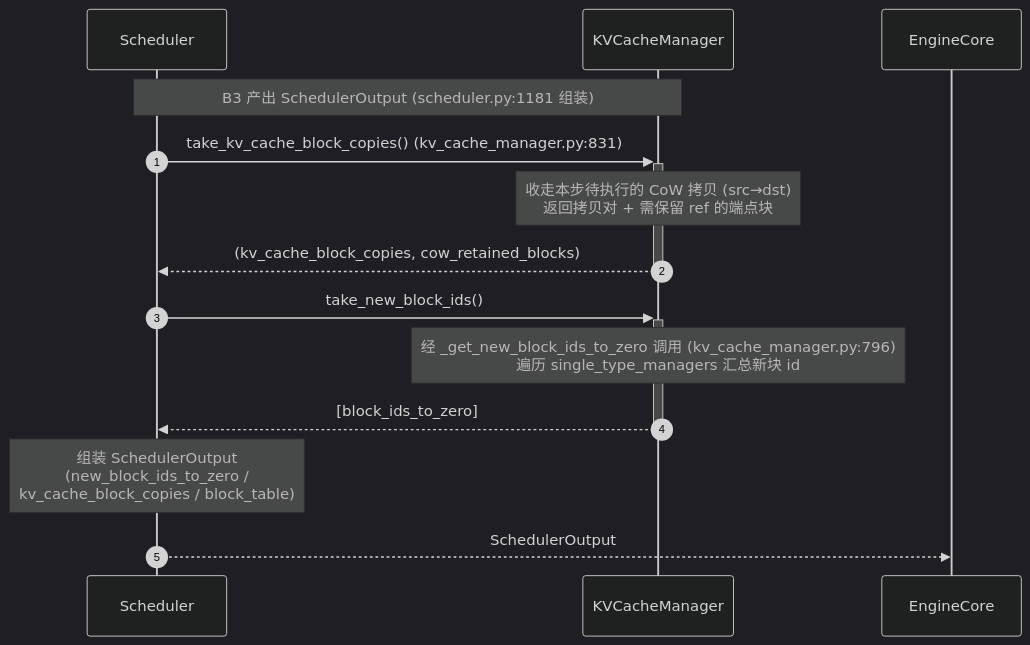
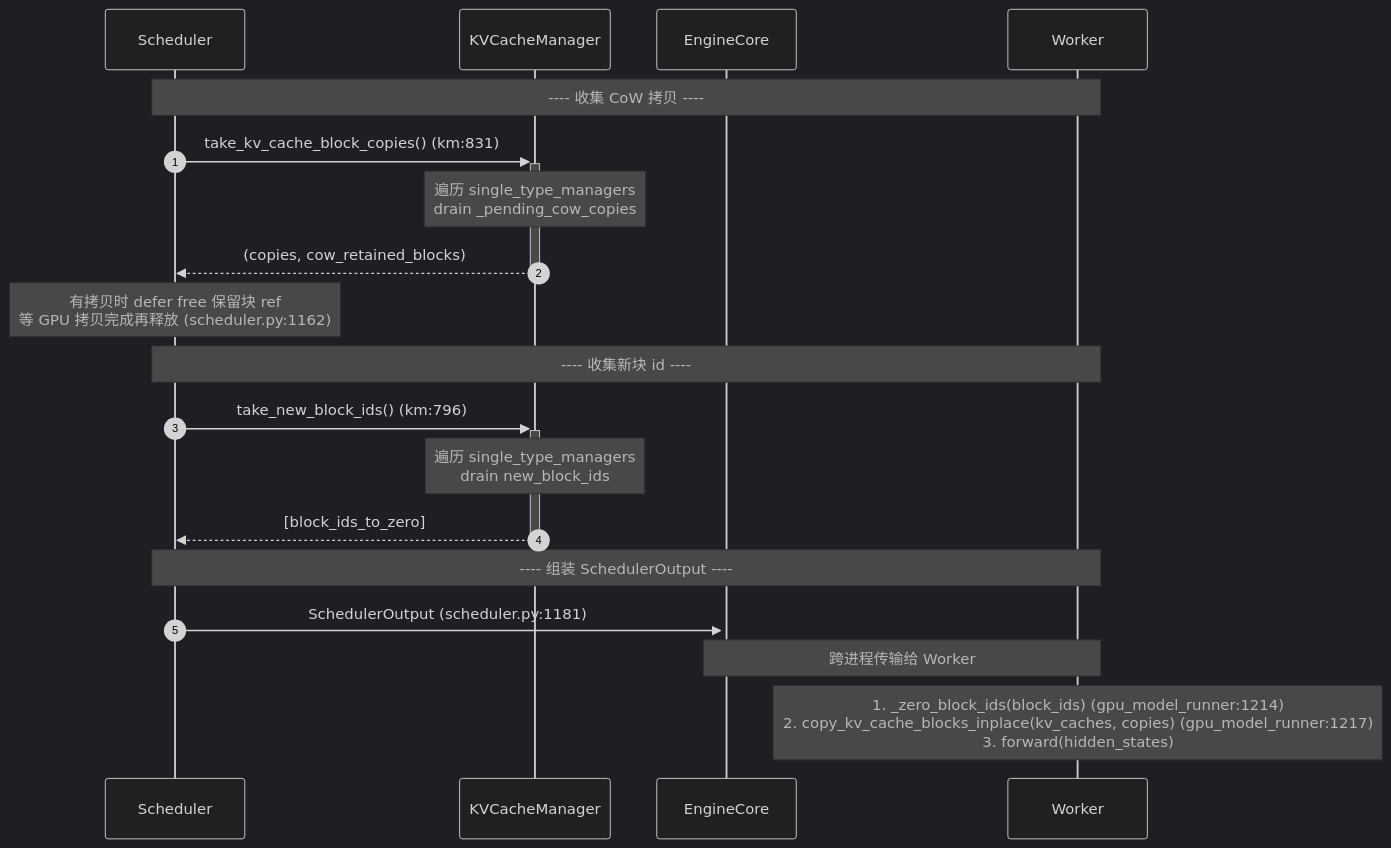
Before and after one commit to GoCHug/vllm: the fifth of 9 diagrams in vllm/v1/core/kvcache_docs/0_end_to_end_sequence.md, drawn with Mermaid (dark theme). The commit also changed other lines of this file and 221 other files, not shown here.

````diff
--- a/vllm/v1/core/kvcache_docs/0_end_to_end_sequence.md
+++ b/vllm/v1/core/kvcache_docs/0_end_to_end_sequence.md
@@ -349,20 +311,25 @@
 ```mermaid
 sequenceDiagram
     autonumber
     participant S as Scheduler
     participant KM as KVCacheManager
     participant EC as EngineCore
+    participant W as Worker
 
-    Note over S,KM: B3 产出 SchedulerOutput (scheduler.py:1181 组装)
+    Note over S,W: ---- 收集 CoW 拷贝 ----
+    S->>+KM: take_kv_cache_block_copies()   (km:831)
+    Note over KM: 遍历 single_type_managers<br/>drain _pending_cow_copies
+    KM-->>-S: (copies, cow_retained_blocks)
+    Note over S: 有拷贝时 defer free 保留块 ref<br/>等 GPU 拷贝完成再释放 (scheduler.py:1162)
 
-    S->>+KM: take_kv_cache_block_copies()  (kv_cache_manager.py:831)
-    Note over KM: 收走本步待执行的 CoW 拷贝 (src→dst)<br/>返回拷贝对 + 需保留 ref 的端点块
-    KM-->>-S: (kv_cache_block_copies, cow_retained_blocks)
-
-    S->>+KM: take_new_block_ids()
-    Note over KM: 经 _get_new_block_ids_to_zero 调用 (kv_cache_manager.py:796)<br/>遍历 single_type_managers 汇总新块 id
+    Note over S,W: ---- 收集新块 id ----
+    S->>+KM: take_new_block_ids()   (km:796)
+    Note over KM: 遍历 single_type_managers<br/>drain new_block_ids
     KM-->>-S: [block_ids_to_zero]
 
-    Note over S: 组装 SchedulerOutput<br/>(new_block_ids_to_zero /<br/>kv_cache_block_copies / block_table)
-    S-->>EC: SchedulerOutput
+    Note over S,W: ---- 组装 SchedulerOutput ----
+    S->>+EC: SchedulerOutput (scheduler.py:1181)
+    Note over EC,W: 跨进程传输给 Worker
+
+    Note over W: 1. _zero_block_ids(block_ids)   (gpu_model_runner:1214)<br/>2. copy_kv_cache_blocks_inplace(kv_caches, copies)   (gpu_model_runner:1217)<br/>3. forward(hidden_states)
 ```
````
